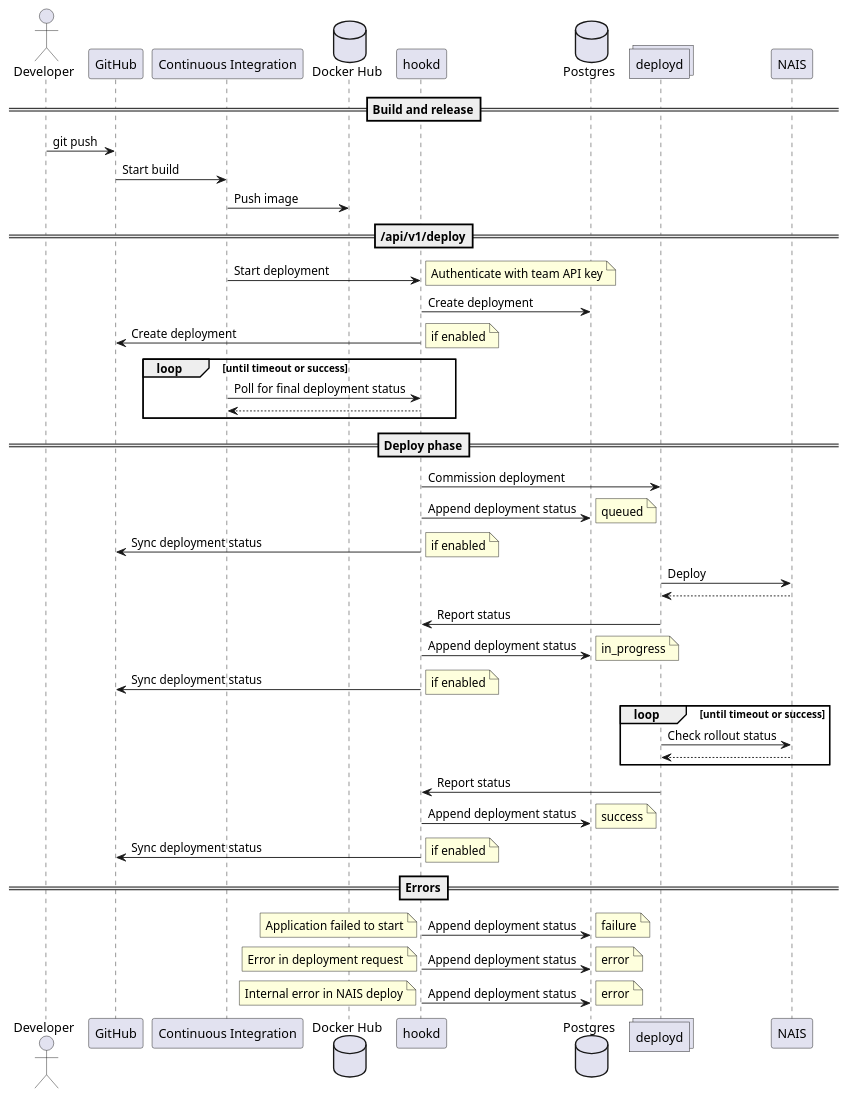
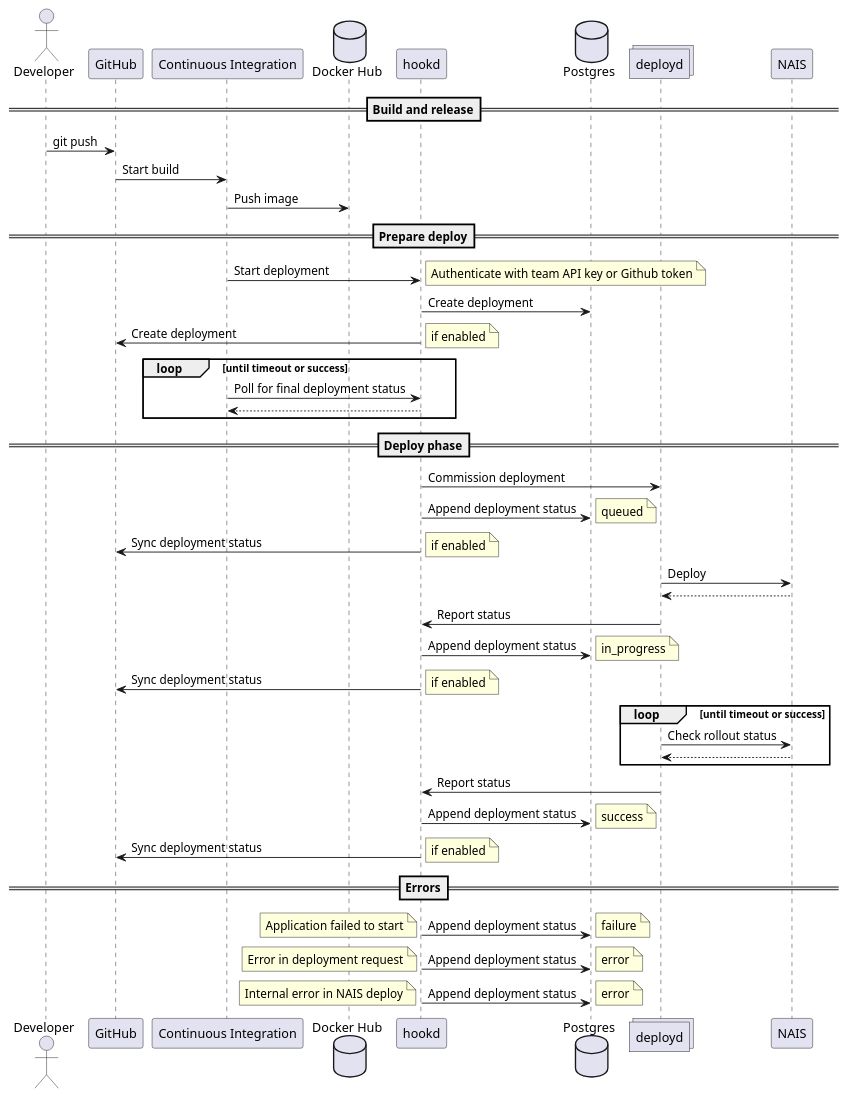
Before and after one commit to nais/deploy: the diagram in doc/sequence.puml, drawn with PlantUML.

Commit message:
Update sequence diagram with current values

```diff
--- a/doc/sequence.puml
+++ b/doc/sequence.puml
@@ -1,65 +1,65 @@
 @startuml component
 
 actor developer as "Developer"
 participant github as "GitHub"
 participant ci as "Continuous Integration"
 database registry as "Docker Hub"
 participant hookd
 database db as "Postgres"
 collections deployd
 participant kubernetes as "NAIS"
 
 ==Build and release==
 developer -> github: git push
 github -> ci: Start build
 ci -> registry: Push image
 
-==/api/v1/deploy==
+==Prepare deploy==
 ci -> hookd: Start deployment
-note right: Authenticate with team API key
+note right: Authenticate with team API key or Github token
 hookd -> db: Create deployment
 hookd -> github: Create deployment
 note right: if enabled
 
 loop until timeout or success
 	ci -> hookd: Poll for final deployment status
 	hookd --> ci
 end
 
 ==Deploy phase==
 hookd -> deployd: Commission deployment
 hookd -> db: Append deployment status
 note right: queued
 hookd -> github: Sync deployment status
 note right: if enabled
 deployd -> kubernetes: Deploy
 kubernetes --> deployd
 deployd -> hookd: Report status
 hookd -> db: Append deployment status
 note right: in_progress
 hookd -> github: Sync deployment status
 note right: if enabled
 
 loop until timeout or success
 	deployd -> kubernetes: Check rollout status
 	kubernetes --> deployd
 end
 
 deployd -> hookd: Report status
 hookd -> db: Append deployment status
 note right: success
 hookd -> github: Sync deployment status
 note right: if enabled
 
 ==Errors==
 hookd -> db:  Append deployment status
 note left: Application failed to start
 note right: failure
 hookd -> db:  Append deployment status
 note left: Error in deployment request
 note right: error
 hookd -> db:  Append deployment status
 note left: Internal error in NAIS deploy
 note right: error
 
 @enduml
```
